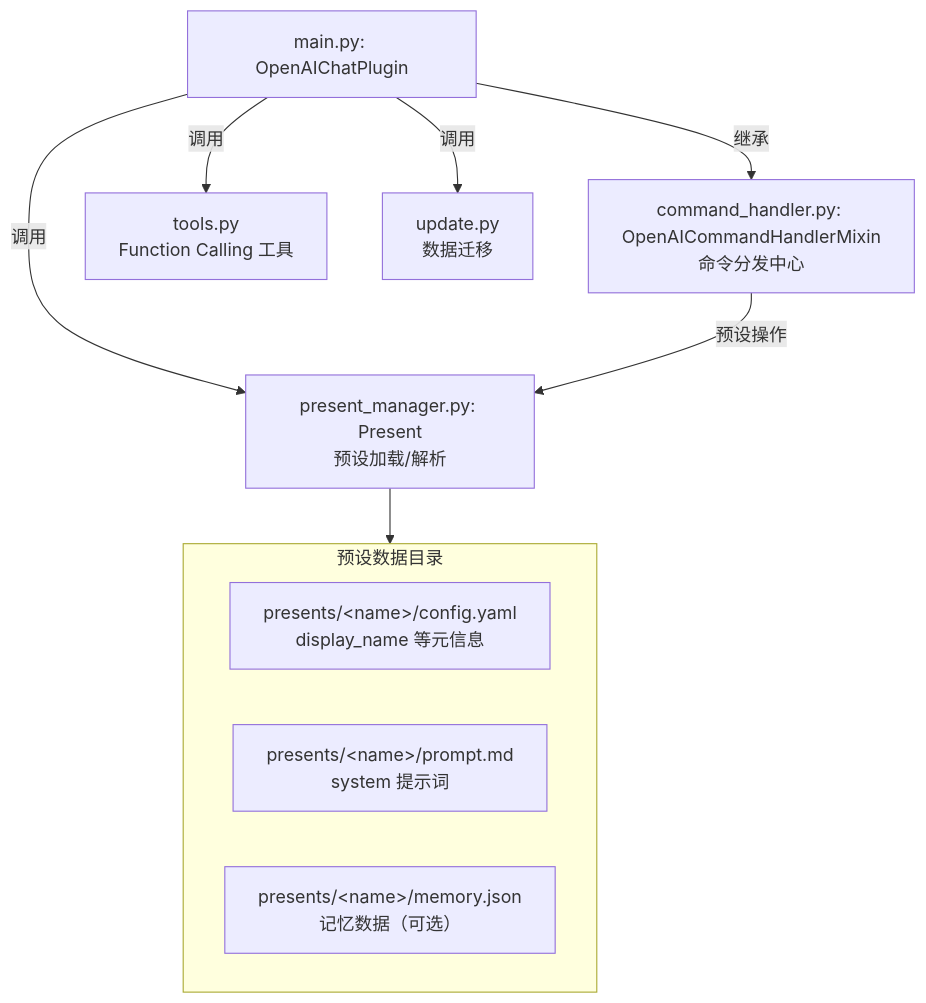
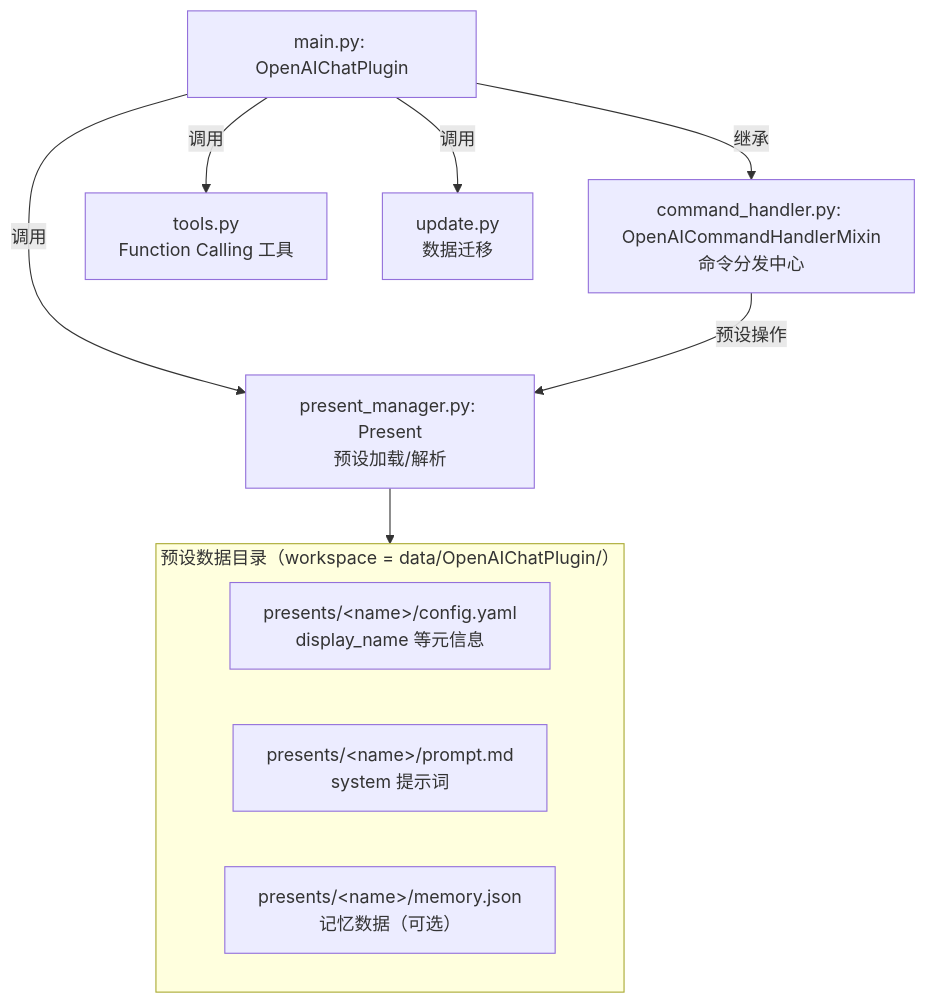
The first of 3 diagrams in AGENTS.md (Yang-qwq/openai_chat_plugin), drawn with Mermaid before and after one commit. The commit also changed other lines of this file and 13 other files, not shown here.

````diff
--- a/AGENTS.md
+++ b/AGENTS.md
@@ -25,18 +28,18 @@
 ```mermaid
 flowchart TB
     Main["main.py: OpenAIChatPlugin"]
     Main-->|"继承"|Cmd["command_handler.py: OpenAICommandHandlerMixin<br/>命令分发中心"]
     Main-->|"调用"|PM["present_manager.py: Present<br/>预设加载/解析"]
     Main-->|"调用"|Tools["tools.py<br/>Function Calling 工具"]
     Main-->|"调用"|Upd["update.py<br/>数据迁移"]
 
     Cmd-->|"预设操作"|PM
 
-    subgraph Preset["预设数据目录"]
+    subgraph Preset["预设数据目录（workspace = data/OpenAIChatPlugin/）"]
         Config["presents/&lt;name&gt;/config.yaml<br/>display_name 等元信息"]
         Prompt["presents/&lt;name&gt;/prompt.md<br/>system 提示词"]
         Memory["presents/&lt;name&gt;/memory.json<br/>记忆数据（可选）"]
     end
 
     PM-->Preset
 ```
````
